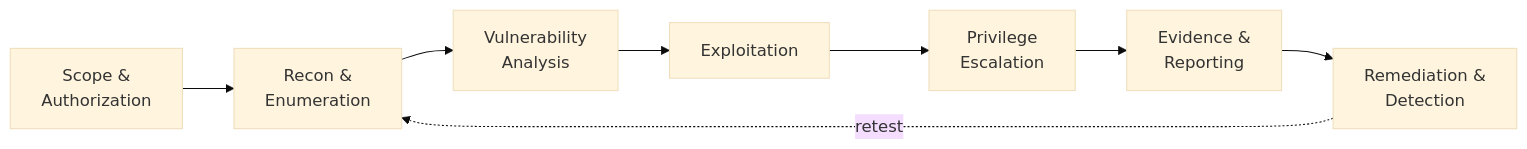
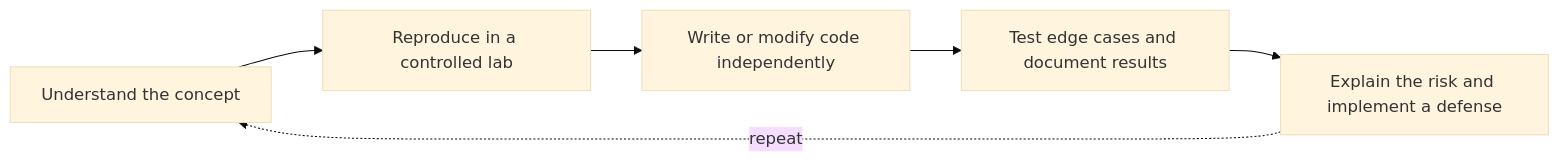
Before and after one commit to bibeksec/bibeksec: the diagram in README.md, drawn with Mermaid (base theme). The commit also changed other lines of this file, not shown here.

````diff
--- a/README.md
+++ b/README.md
@@ -153,10 +179,8 @@
 ```mermaid
 flowchart LR
-    A[Scope &<br/>Authorization] --> B[Recon &<br/>Enumeration]
-    B --> C[Vulnerability<br/>Analysis]
-    C --> D[Exploitation]
-    D --> E[Privilege<br/>Escalation]
-    E --> F[Evidence &<br/>Reporting]
-    F --> G[Remediation &<br/>Detection]
-    G -.->|retest| B
+    A[Understand the concept] --> B[Reproduce in a controlled lab]
+    B --> C[Write or modify code independently]
+    C --> D[Test edge cases and document results]
+    D --> E[Explain the risk and implement a defense]
+    E -.->|repeat| A
 ```
````
